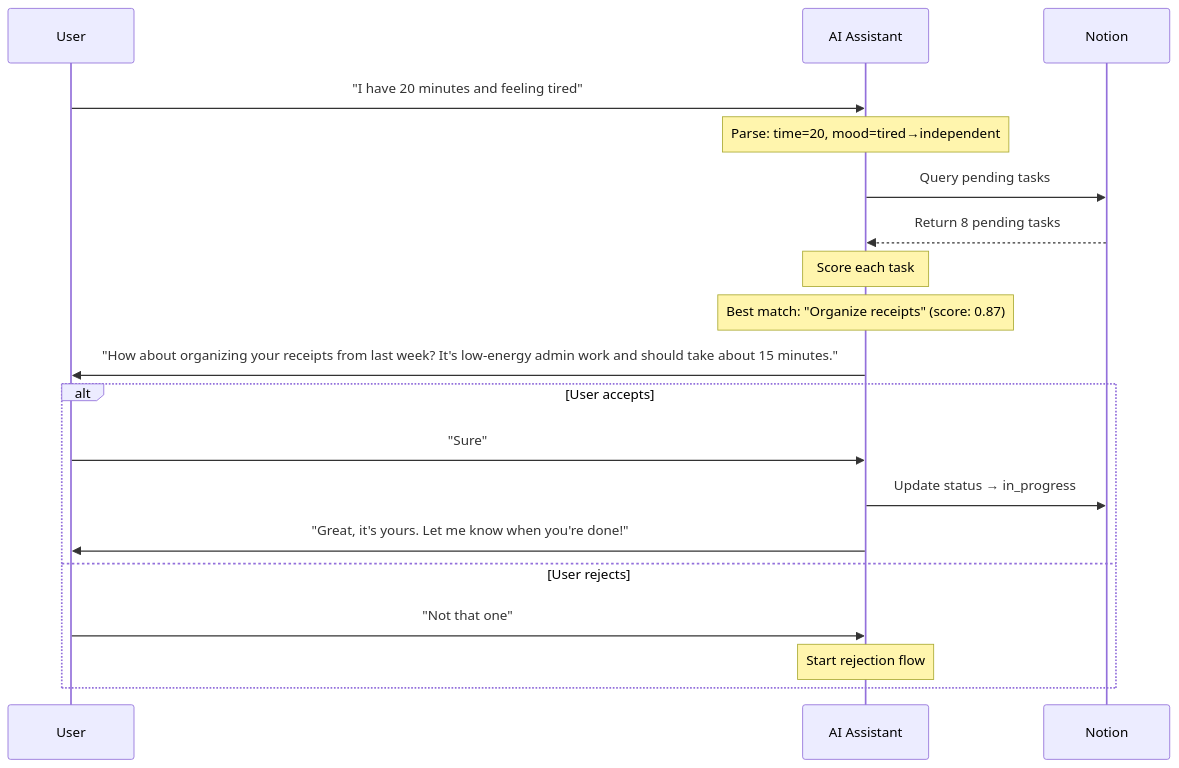
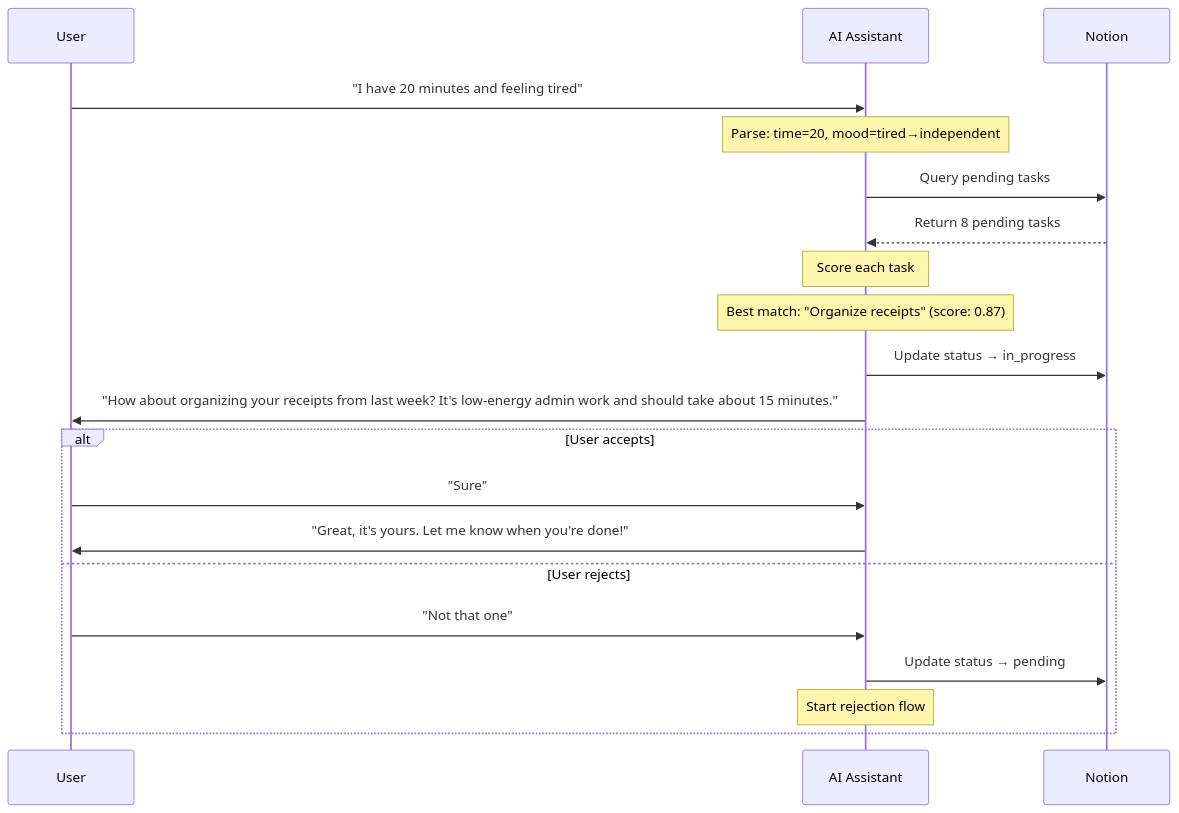
One commit to NickBorgersProbably/hide-my-list changed the fifth of 28 diagrams in docs/user-interactions.md. Above: the diagram before and after it, drawn with Mermaid. The commit also changed other lines of this file and 18 other files, not shown here.

````diff
--- a/docs/user-interactions.md
+++ b/docs/user-interactions.md
@@ -126,27 +131,28 @@
 ```mermaid
 sequenceDiagram
     participant U as User
     participant AI as AI Assistant
     participant N as Notion
 
     U->>AI: "I have 20 minutes and feeling tired"
 
     Note over AI: Parse: time=20, mood=tired→independent
 
     AI->>N: Query pending tasks
     N-->>AI: Return 8 pending tasks
 
     Note over AI: Score each task
     Note over AI: Best match: "Organize receipts" (score: 0.87)
 
+    AI->>N: Update status → in_progress
     AI->>U: "How about organizing your receipts from last week? It's low-energy admin work and should take about 15 minutes."
 
     alt User accepts
         U->>AI: "Sure"
-        AI->>N: Update status → in_progress
         AI->>U: "Great, it's yours. Let me know when you're done!"
     else User rejects
         U->>AI: "Not that one"
+        AI->>N: Update status → pending
         Note over AI: Start rejection flow
     end
 ```
````
